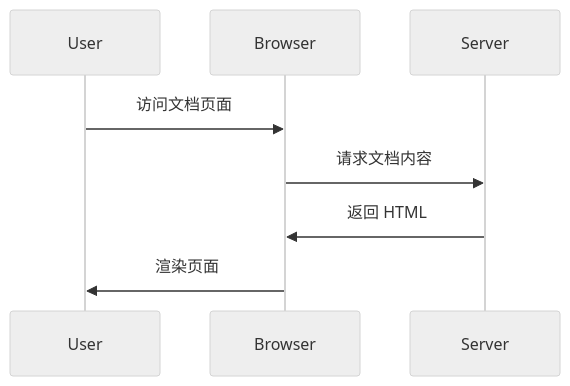
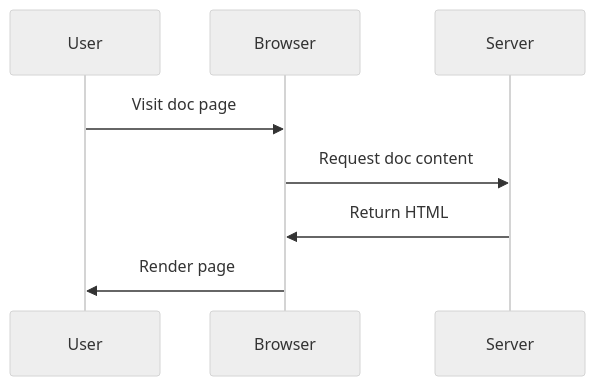
One commit to thonatos/project-v changed the second of 3 diagrams in packages/apps/docs-app/app/docs/getting-started.md. Above: the diagram before and after it, drawn with Mermaid (neutral theme). The commit also changed other lines of this file and 2 other files, not shown here.

First line of the commit message:
fix: resolve mermaid syntax errors and adjust header/footer padding

````diff
--- a/packages/apps/docs-app/app/docs/getting-started.md
+++ b/packages/apps/docs-app/app/docs/getting-started.md
@@ -83,10 +83,10 @@
 ```mermaid
 sequenceDiagram
     participant User
     participant Browser
     participant Server
-    User->>Browser: 访问文档页面
-    Browser->>Server: 请求文档内容
-    Server->>Browser: 返回 HTML
-    Browser->>User: 渲染页面
+    User->>Browser: Visit doc page
+    Browser->>Server: Request doc content
+    Server->>Browser: Return HTML
+    Browser->>User: Render page
 ```
````
